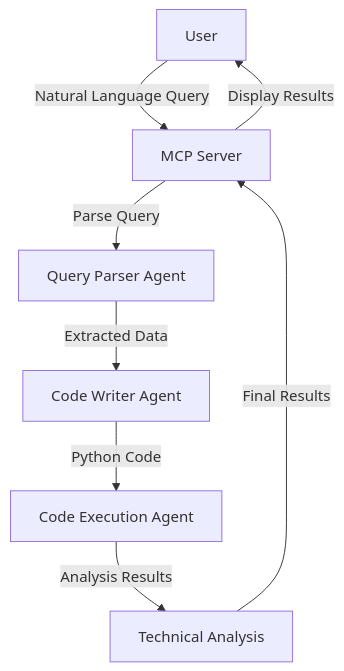
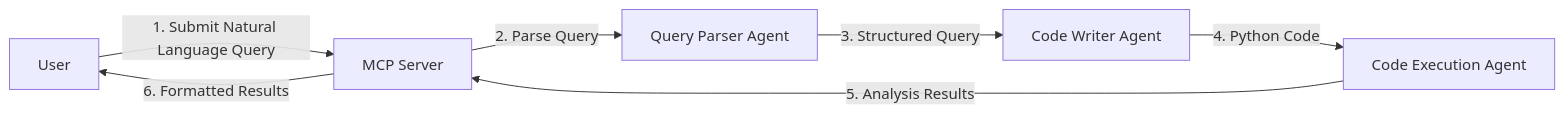
Before and after one commit to thuyvinhdinh175/Quant-Agentic-AI: the second of 6 diagrams in README.md, drawn with Mermaid. The commit also changed other lines of this file, not shown here.

````diff
--- a/README.md
+++ b/README.md
@@ -26,10 +32,9 @@
 ```mermaid
-flowchart TD
-    A[User] -->|Natural Language Query| B[MCP Server]
-    B -->|Parse Query| C[Query Parser Agent]
-    C -->|Extracted Data| D[Code Writer Agent]
-    D -->|Python Code| E[Code Execution Agent]
-    E -->|Analysis Results| F[Technical Analysis]
-    F -->|Final Results| B
-    B -->|Display Results| A
+flowchart LR
+    User["User"] -->|"1. Submit Natural Language Query"| MCP["MCP Server"]
+    MCP -->|"2. Parse Query"| QueryAgent["Query Parser Agent"]
+    QueryAgent -->|"3. Structured Query"| CodeAgent["Code Writer Agent"]
+    CodeAgent -->|"4. Python Code"| ExecAgent["Code Execution Agent"]
+    ExecAgent -->|"5. Analysis Results"| MCP
+    MCP -->|"6. Formatted Results"| User
 ```
````
